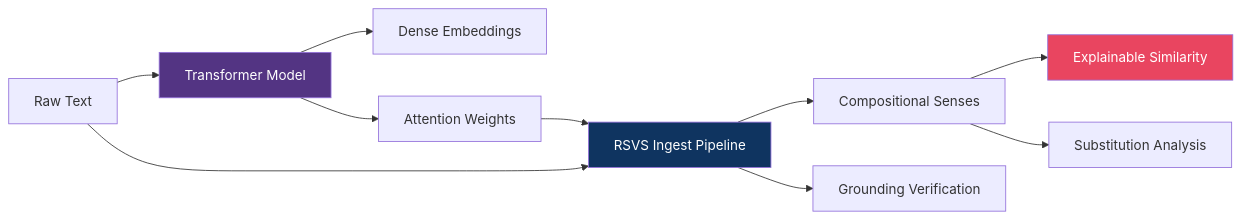
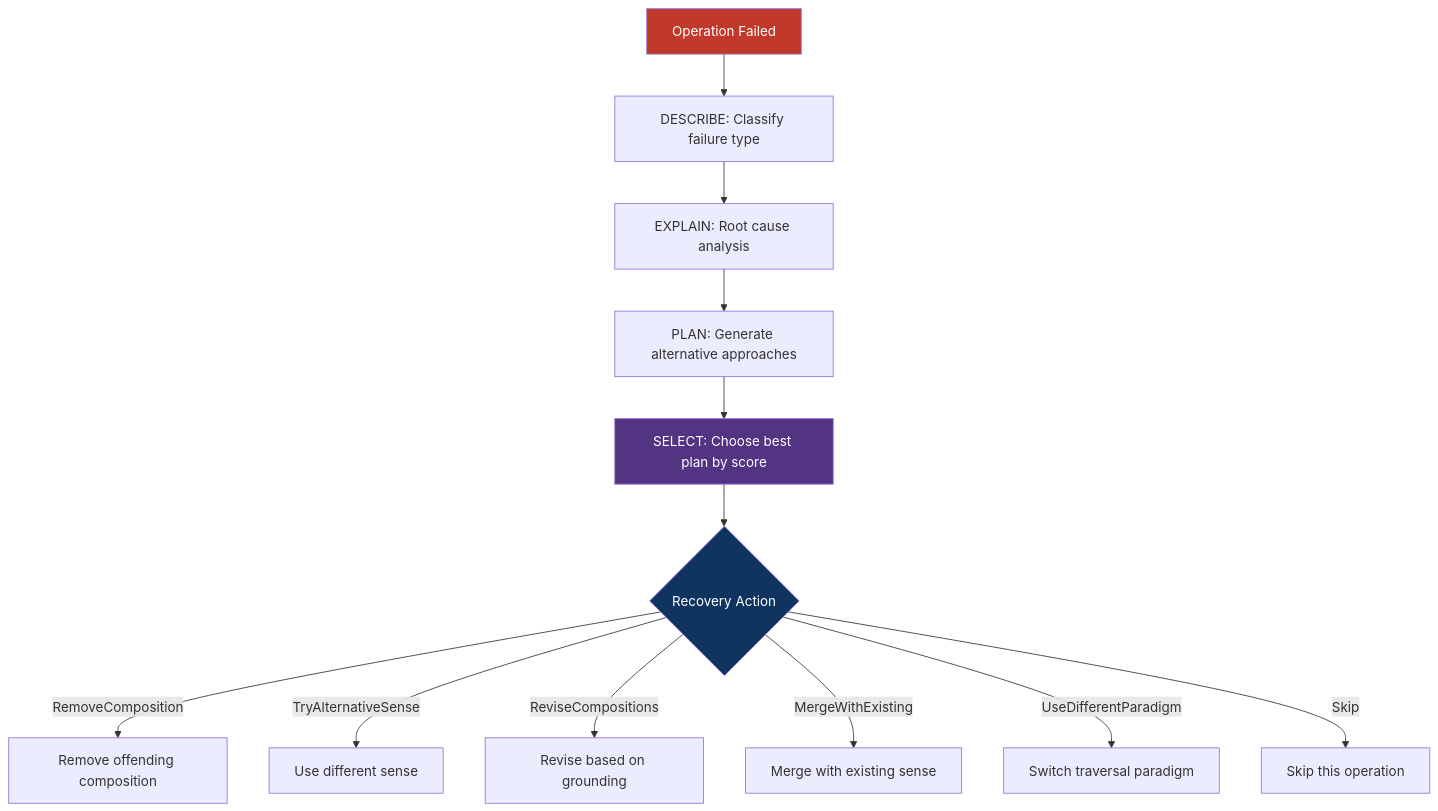
Before and after one commit to Wolfvin/AphantasicAbstractionModel: the fourth of 8 diagrams in ARCHITECTURE.md, drawn with Mermaid. The commit also changed other lines of this file and 8 other files, not shown here.

````diff
--- a/ARCHITECTURE.md
+++ b/ARCHITECTURE.md
@@ -503,16 +679,18 @@
 ```mermaid
-graph LR
-    TEXT[Raw Text] --> TRANS[Transformer Model]
-    TRANS --> EMB[Dense Embeddings]
-    TRANS --> ATTN[Attention Weights]
-    TEXT --> RSVS[RSVS Ingest Pipeline]
-    ATTN --> RSVS
-    RSVS --> COMP[Compositional Senses]
-    RSVS --> GROUND[Grounding Verification]
-    COMP --> EXPLAIN[Explainable Similarity]
-    COMP --> SUBST[Substitution Analysis]
+flowchart TD
+    ERR[Operation Failed] --> D[DESCRIBE: Classify failure type]
+    D --> E[EXPLAIN: Root cause analysis]
+    E --> P[PLAN: Generate alternative approaches]
+    P --> S[SELECT: Choose best plan by score]
+    S --> R{Recovery Action}
+    R -->|RemoveComposition| RC[Remove offending composition]
+    R -->|TryAlternativeSense| TS[Use different sense]
+    R -->|ReviseCompositions| RV[Revise based on grounding]
+    R -->|MergeWithExisting| MG[Merge with existing sense]
+    R -->|UseDifferentParadigm| DP[Switch traversal paradigm]
+    R -->|Skip| SK[Skip this operation]
 
-    style TRANS fill:#533483,color:#fff
-    style RSVS fill:#0f3460,color:#fff
-    style EXPLAIN fill:#e94560,color:#fff
+    style ERR fill:#c0392b,color:#fff
+    style S fill:#533483,color:#fff
+    style R fill:#0f3460,color:#fff
 ```
````
